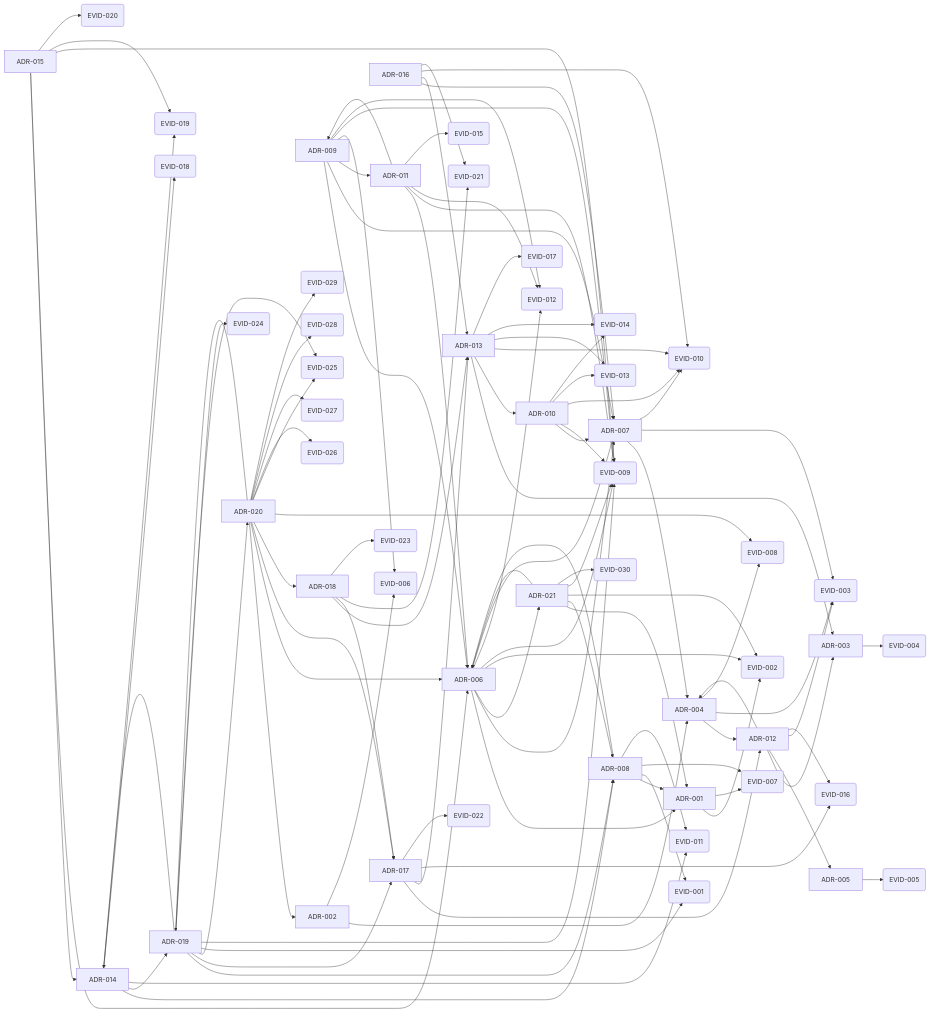
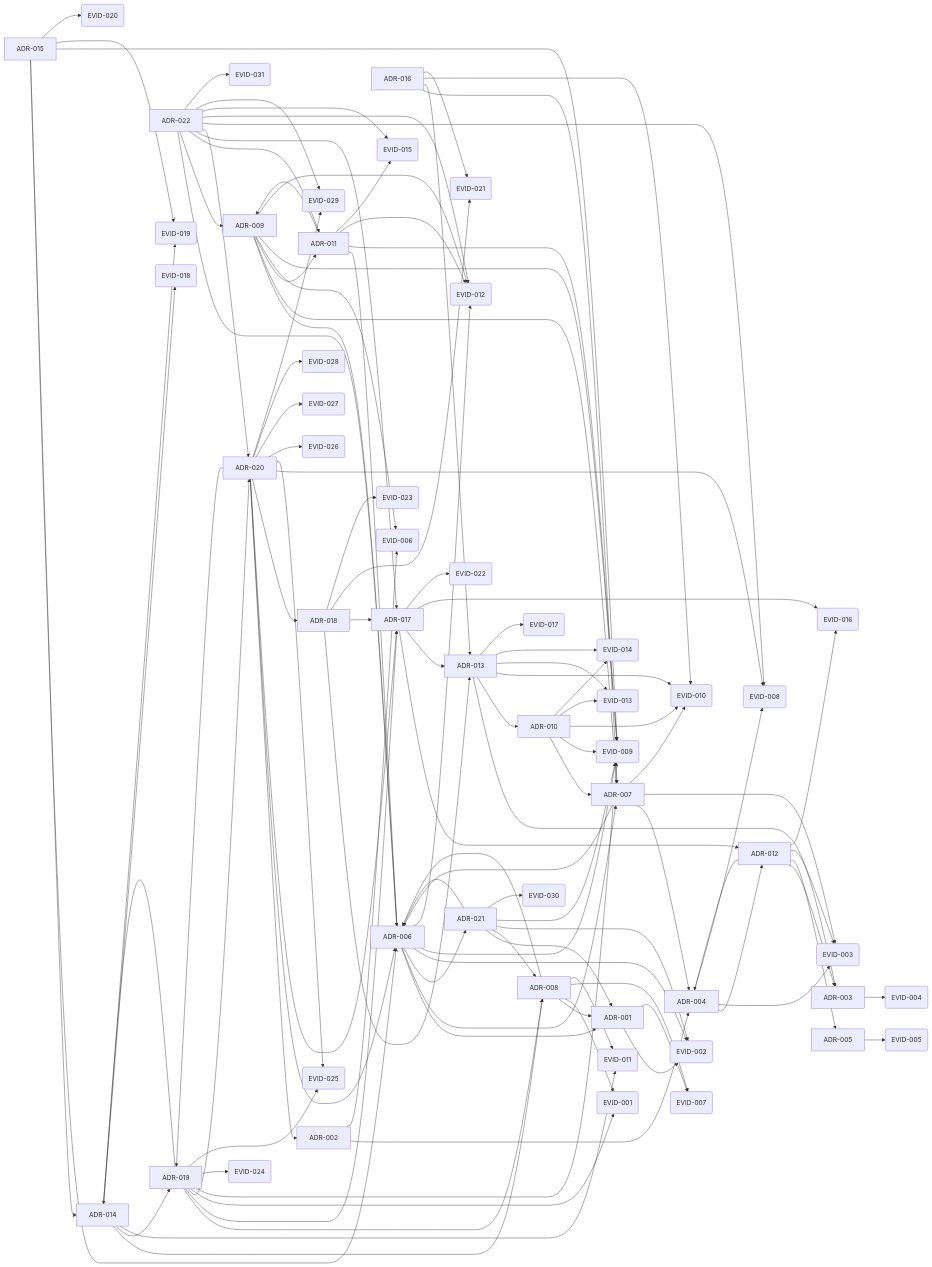
Before and after one commit to TeramachiShunsuke/aidd: the diagram in GRAPH.md, drawn with Mermaid. The commit also changed other lines of this file and 7 other files, not shown here.

````diff
--- a/GRAPH.md
+++ b/GRAPH.md
@@ -55,6 +55,7 @@
   ADR_019[ADR-019]
   ADR_020[ADR-020]
   ADR_021[ADR-021]
+  ADR_022[ADR-022]
   EVID_001(EVID-001)
   EVID_002(EVID-002)
   EVID_003(EVID-003)
@@ -85,6 +86,7 @@
   EVID_028(EVID-028)
   EVID_029(EVID-029)
   EVID_030(EVID-030)
+  EVID_031(EVID-031)
   ADR_001 --> EVID_002
   ADR_001 --> EVID_007
   ADR_002 --> ADR_004
@@ -183,4 +185,14 @@
   ADR_021 --> EVID_002
   ADR_021 --> EVID_009
   ADR_021 --> EVID_030
+  ADR_022 --> ADR_006
+  ADR_022 --> ADR_009
+  ADR_022 --> ADR_011
+  ADR_022 --> ADR_017
+  ADR_022 --> ADR_020
+  ADR_022 --> EVID_008
+  ADR_022 --> EVID_012
+  ADR_022 --> EVID_015
+  ADR_022 --> EVID_029
+  ADR_022 --> EVID_031
 ```
````
